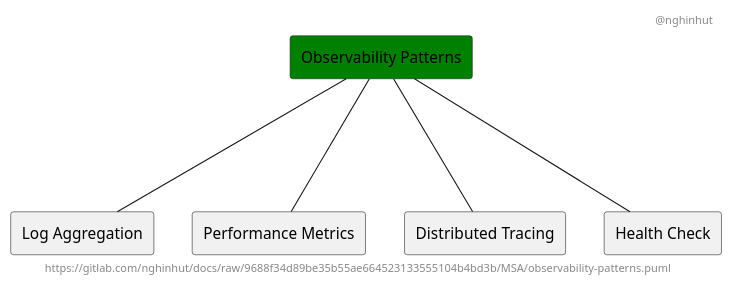
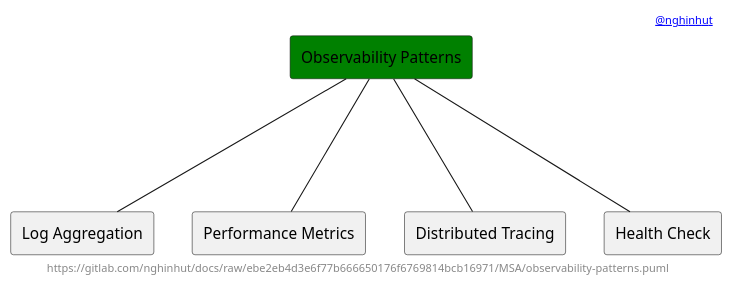
One commit to nghinhut/docs changed the diagram in MSA/observability-patterns.puml. Above: the diagram before and after it, drawn with PlantUML. The commit also changed 18 other files, not shown here.

Commit message:
Update diagrams

```diff
--- a/MSA/observability-patterns.puml
+++ b/MSA/observability-patterns.puml
@@ -1,18 +1,18 @@
 @startuml
 '-----START auto generated metadata please keep comment here to allow auto update-----
 '-----DON'T EDIT THIS SECTION, INSTEAD RE-RUN prebuild.sh TO UPDATE-----
-header @nghinhut
-footer https://gitlab.com/nghinhut/docs/raw/9688f34d89be35b55ae664523133555104b4bd3b/MSA/observability-patterns.puml
+header [[mailto:nghinhut@gmail.com @nghinhut]]
+footer https://gitlab.com/nghinhut/docs/raw/ebe2eb4d3e6f77b666650176f6769814bcb16971/MSA/observability-patterns.puml
 '-----END auto generated metadata please keep comment here to allow auto update-----
 
 rectangle "Observability Patterns" as Observability #green
 
 rectangle "Log Aggregation" as ObservabilityP1
 rectangle "Performance Metrics" as ObservabilityP2
 rectangle "Distributed Tracing" as ObservabilityP3
 rectangle "Health Check" as ObservabilityP4
 Observability --- ObservabilityP1
 Observability --- ObservabilityP2
 Observability --- ObservabilityP3
 Observability --- ObservabilityP4
 @enduml
```
